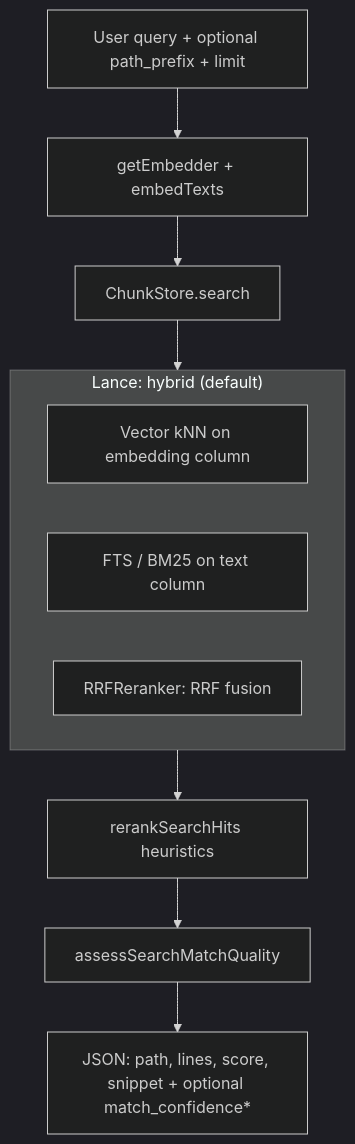
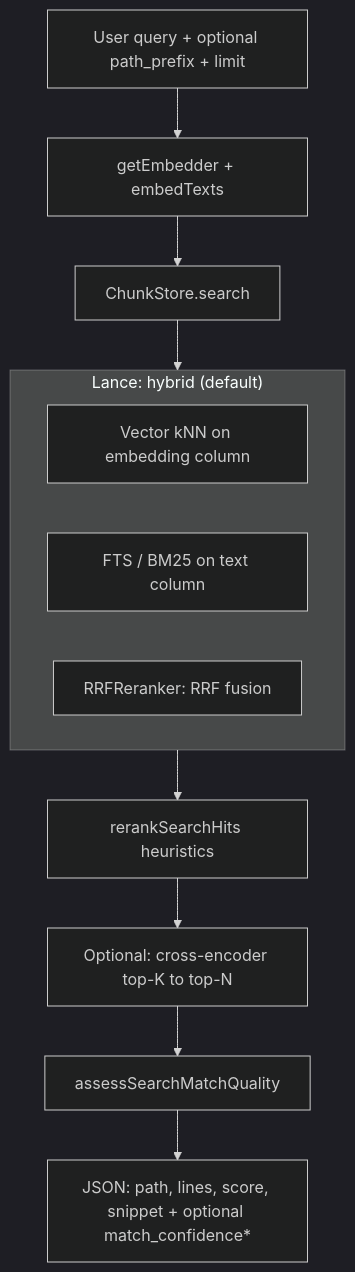
One commit to tr4n2uil/codebase_mcp changed the diagram in docs/architecture/search.md. Above: the diagram before and after it, drawn with Mermaid (dark theme). The commit also changed other lines of this file and 9 other files, not shown here.

Commit message:
feat: add cross encoder top-k rerank

````diff
--- a/docs/architecture/search.md
+++ b/docs/architecture/search.md
@@ -7,20 +7,22 @@
 ```mermaid
 flowchart TD
   Q[User query + optional path_prefix + limit]
   E[getEmbedder + embedTexts]
   S[ChunkStore.search]
   subgraph s1["Lance: hybrid (default)"]
     V[Vector kNN on embedding column]
     T[FTS / BM25 on text column]
     F[RRFReranker: RRF fusion]
   end
   R[rerankSearchHits heuristics]
+  C[Optional: cross-encoder top-K to top-N]
   M[assessSearchMatchQuality]
   O[JSON: path, lines, score, snippet + optional match_confidence*]
   Q --> E
   E --> S
   S --> s1
   s1 --> R
-  R --> M
+  R --> C
+  C --> M
   M --> O
 ```
````
